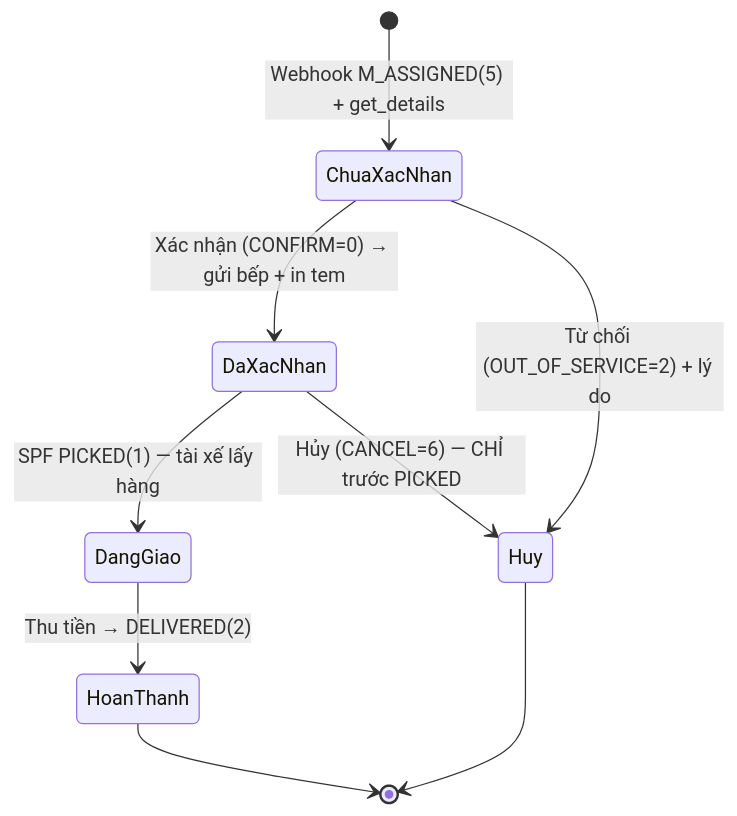
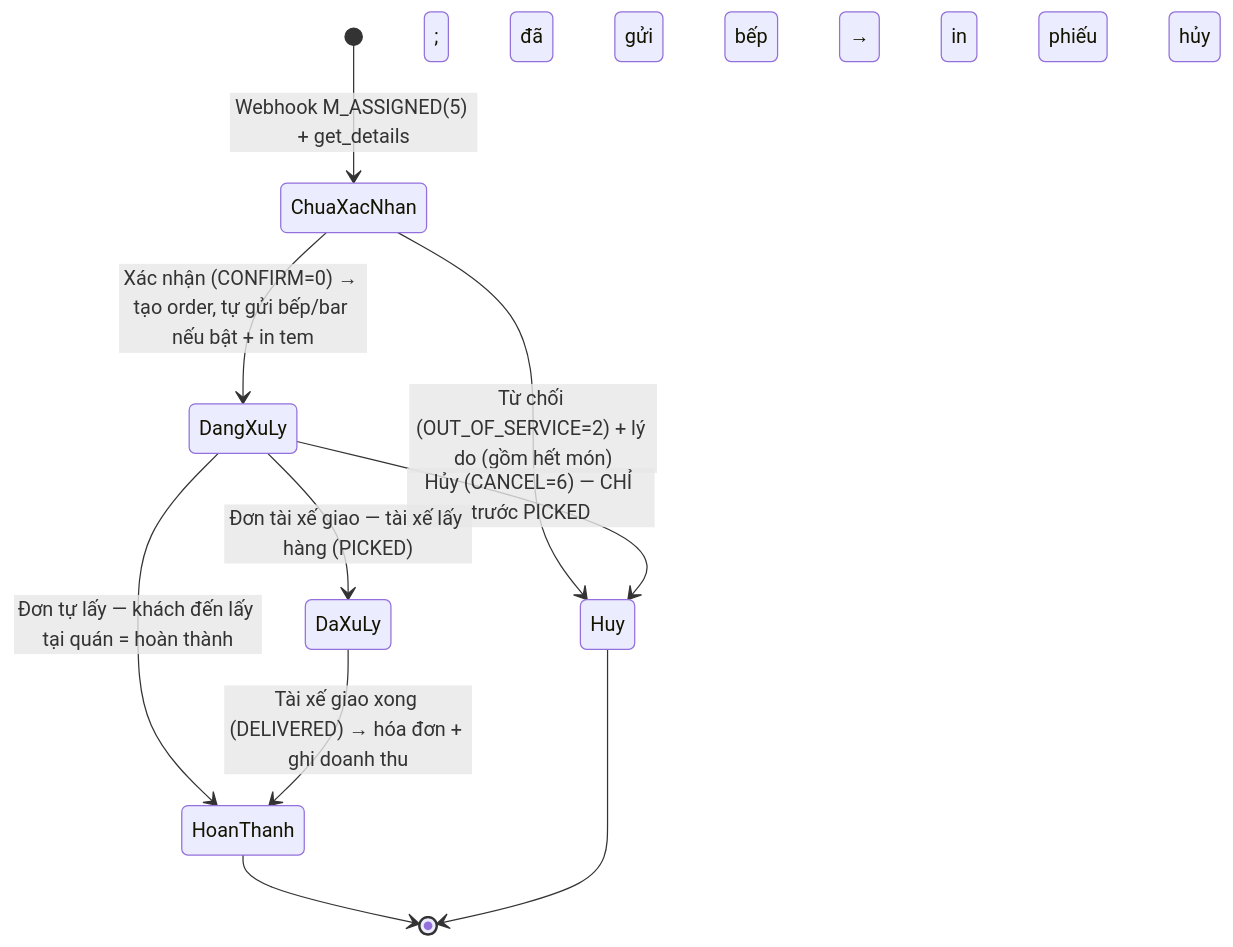
One commit to phamhang240100/misa-cukcuk changed the second of 2 diagrams in specs/modules/03-nhan-don-pos.md. Above: the diagram before and after it, drawn with Mermaid. The commit also changed other lines of this file and 109 other files, not shown here.

First line of the commit message:
Tái cấu trúc specs: thay BPMN/sequence rời rạc bằng activity/states/touchpoints diagrams

````diff
--- a/specs/modules/03-nhan-don-pos.md
+++ b/specs/modules/03-nhan-don-pos.md
@@ -45,11 +58,12 @@
 ```mermaid
 stateDiagram-v2
     [*] --> ChuaXacNhan: Webhook M_ASSIGNED(5) + get_details
-    ChuaXacNhan --> DaXacNhan: Xác nhận (CONFIRM=0) → gửi bếp + in tem
-    ChuaXacNhan --> Huy: Từ chối (OUT_OF_SERVICE=2) + lý do
-    DaXacNhan --> DangGiao: SPF PICKED(1) — tài xế lấy hàng
-    DaXacNhan --> Huy: Hủy (CANCEL=6) — CHỈ trước PICKED
-    DangGiao --> HoanThanh: Thu tiền → DELIVERED(2)
+    ChuaXacNhan --> DangXuLy: Xác nhận (CONFIRM=0) → tạo order, tự gửi bếp/bar nếu bật + in tem
+    ChuaXacNhan --> Huy: Từ chối (OUT_OF_SERVICE=2) + lý do (gồm hết món)
+    DangXuLy --> Huy: Hủy (CANCEL=6) — CHỈ trước PICKED; đã gửi bếp → in phiếu hủy bếp
+    DangXuLy --> DaXuLy: Đơn tài xế giao — tài xế lấy hàng (PICKED)
+    DangXuLy --> HoanThanh: Đơn tự lấy — khách đến lấy tại quán = hoàn thành
+    DaXuLy --> HoanThanh: Tài xế giao xong (DELIVERED) → hóa đơn + ghi doanh thu
     HoanThanh --> [*]
     Huy --> [*]
 ```
````
